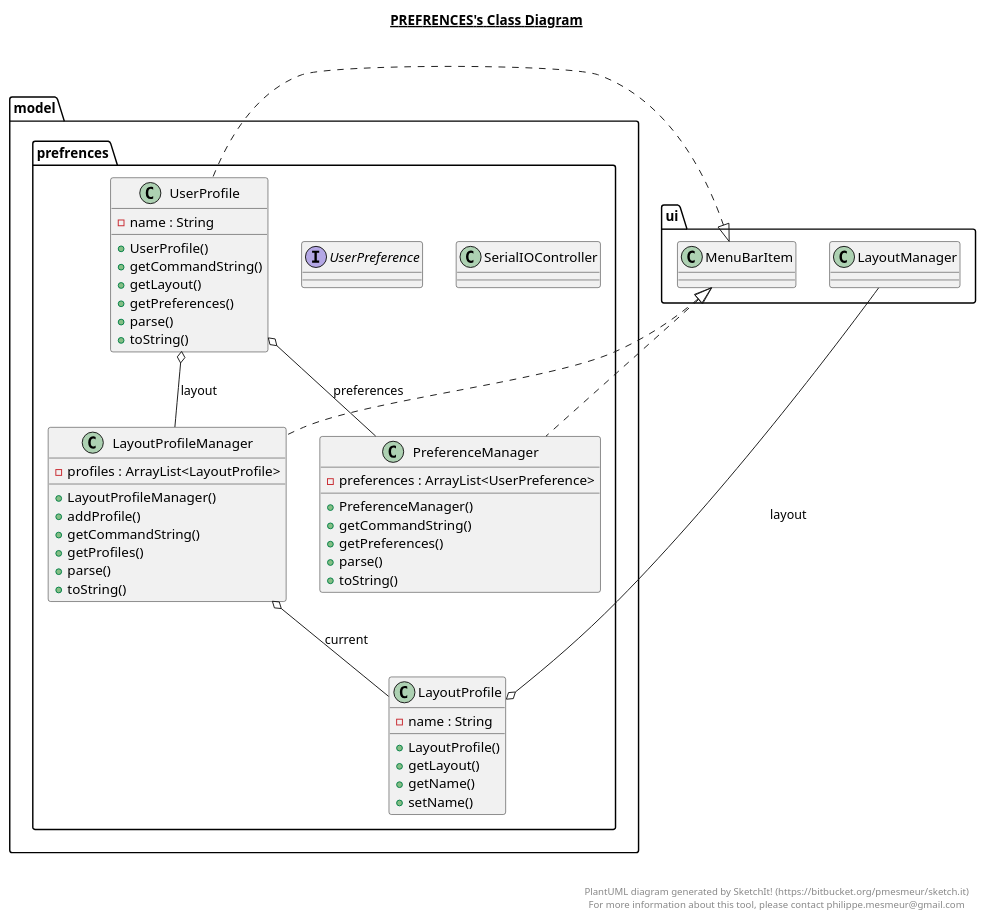
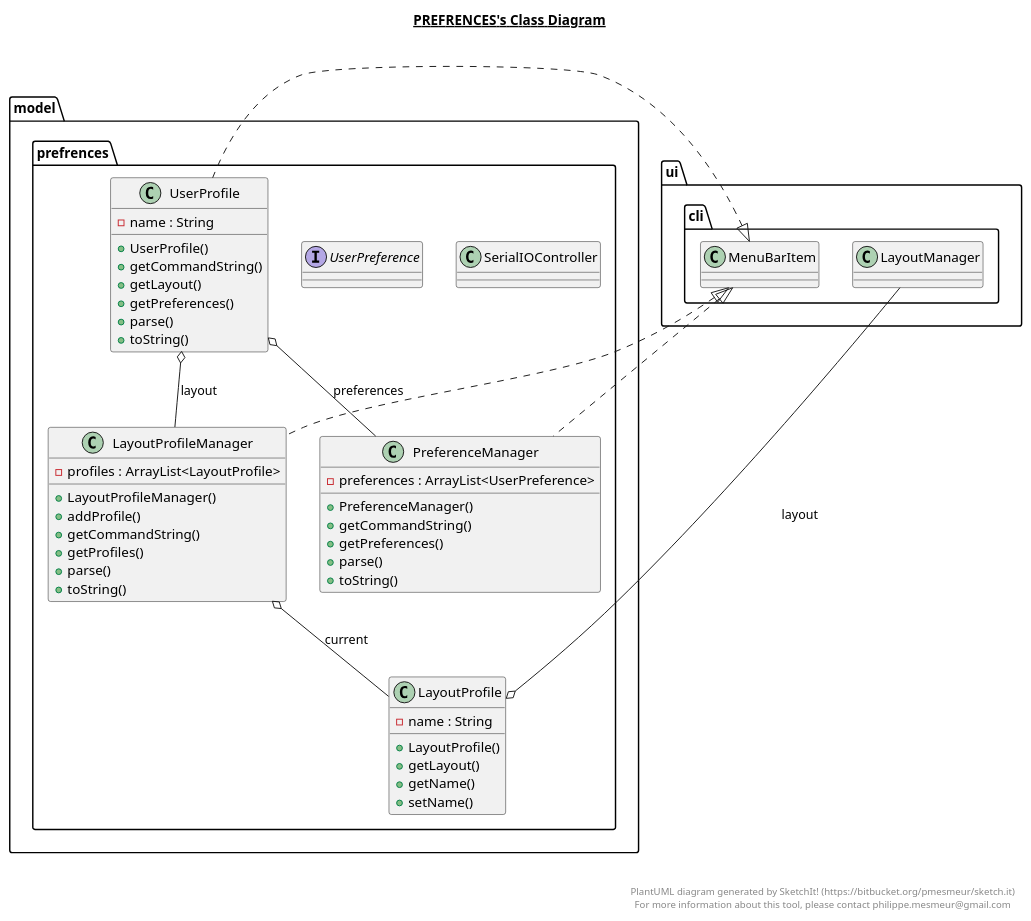
Before and after one commit to Bryce-MW/WikidataExplorer: the diagram in src/main/model/prefrences/prefrences.plantuml, drawn with PlantUML. The commit also changed 45 other files, not shown here.

Commit message:
Refactor of CLI related items into a cli package in preparation for the move to graphics based

```diff
--- a/src/main/model/prefrences/prefrences.plantuml
+++ b/src/main/model/prefrences/prefrences.plantuml
@@ -1,82 +1,82 @@
 @startuml
 
 title __PREFRENCES's Class Diagram__\n
 
   namespace model.prefrences {
     class model.prefrences.LayoutProfile {
         - name : String
         + LayoutProfile()
         + getLayout()
         + getName()
         + setName()
     }
   }
   
 
   namespace model.prefrences {
     class model.prefrences.LayoutProfileManager {
         - profiles : ArrayList<LayoutProfile>
         + LayoutProfileManager()
         + addProfile()
         + getCommandString()
         + getProfiles()
         + parse()
         + toString()
     }
   }
   
 
   namespace model.prefrences {
     class model.prefrences.PreferenceManager {
         - preferences : ArrayList<UserPreference>
         + PreferenceManager()
         + getCommandString()
         + getPreferences()
         + parse()
         + toString()
     }
   }
   
 
   namespace model.prefrences {
     class model.prefrences.SerialIOController {
     }
   }
   
 
   namespace model.prefrences {
     interface model.prefrences.UserPreference {
     }
   }
   
 
   namespace model.prefrences {
     class model.prefrences.UserProfile {
         - name : String
         + UserProfile()
         + getCommandString()
         + getLayout()
         + getPreferences()
         + parse()
         + toString()
     }
   }
   
 
-  model.prefrences.LayoutProfile o-- ui.LayoutManager : layout
-  model.prefrences.LayoutProfileManager .up.|> ui.MenuBarItem
+  model.prefrences.LayoutProfile o-- ui.cli.LayoutManager : layout
+  model.prefrences.LayoutProfileManager .up.|> ui.cli.MenuBarItem
   model.prefrences.LayoutProfileManager o-- model.prefrences.LayoutProfile : current
-  model.prefrences.PreferenceManager .up.|> ui.MenuBarItem
-  model.prefrences.UserProfile .up.|> ui.MenuBarItem
+  model.prefrences.PreferenceManager .up.|> ui.cli.MenuBarItem
+  model.prefrences.UserProfile .up.|> ui.cli.MenuBarItem
   model.prefrences.UserProfile o-- model.prefrences.LayoutProfileManager : layout
   model.prefrences.UserProfile o-- model.prefrences.PreferenceManager : preferences
 
 
 right footer
 
 
 PlantUML diagram generated by SketchIt! (https://bitbucket.org/pmesmeur/sketch.it)
 For more information about this tool, please contact philippe.mesmeur@gmail.com
 endfooter
 
 @enduml
```
